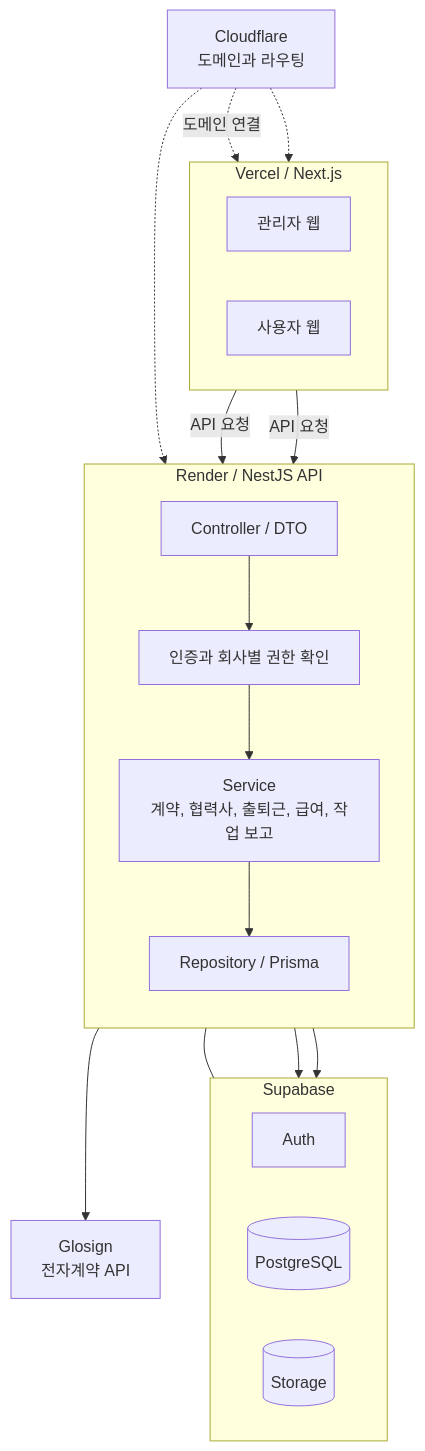
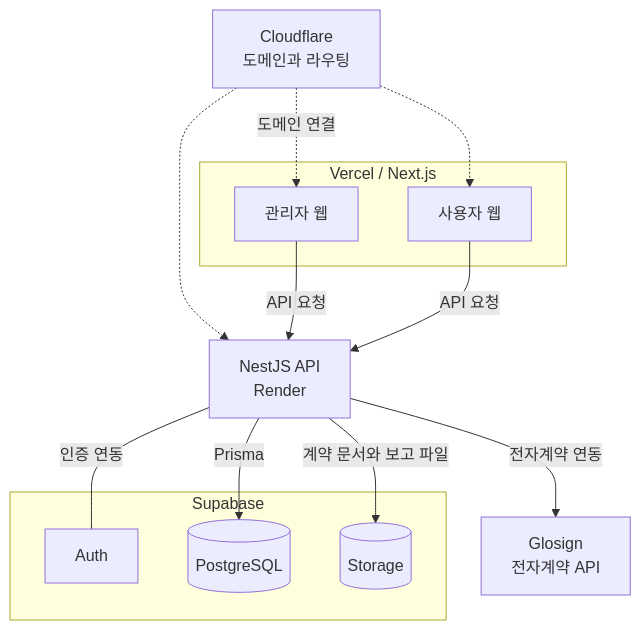
Before and after one commit to KimHG1995/work-history: the second of 3 diagrams in projects/hr-saas/mvp.md, drawn with Mermaid. The commit also changed other lines of this file and 3 other files, not shown here.

Commit message:
docs: 주요 Mermaid 구성도 흐름과 저장 관계 분리

````diff
--- a/projects/hr-saas/mvp.md
+++ b/projects/hr-saas/mvp.md
@@ -116,38 +116,29 @@
 ```mermaid
 flowchart TB
     cloudflare["Cloudflare<br/>도메인과 라우팅"]
 
     subgraph vercel["Vercel / Next.js"]
-        direction LR
         admin["관리자 웹"]
         client["사용자 웹"]
     end
 
-    subgraph render["Render / NestJS API"]
-        direction TB
-        controller["Controller / DTO"]
-        access["인증과 회사별 권한 확인"]
-        service["Service<br/>계약, 협력사, 출퇴근, 급여, 작업 보고"]
-        repository["Repository / Prisma"]
-        controller --> access --> service --> repository
-    end
+    server["NestJS API<br/>Render"]
 
     subgraph supabase["Supabase"]
-        direction LR
         auth["Auth"]
         db[("PostgreSQL")]
-        storage[("Storage")]
+        files[("Storage")]
     end
 
     glosign["Glosign<br/>전자계약 API"]
 
     cloudflare -.->|도메인 연결| admin
     cloudflare -.-> client
-    cloudflare -.-> controller
-    admin -->|API 요청| controller
-    client -->|API 요청| controller
-    access --- auth
-    repository --> db
-    service --> storage
-    service --> glosign
+    cloudflare -.-> server
+    admin -->|API 요청| server
+    client -->|API 요청| server
+    server ---|인증 연동| auth
+    server -->|Prisma| db
+    server -->|계약 문서와 보고 파일| files
+    server -->|전자계약 연동| glosign
 ```
````
